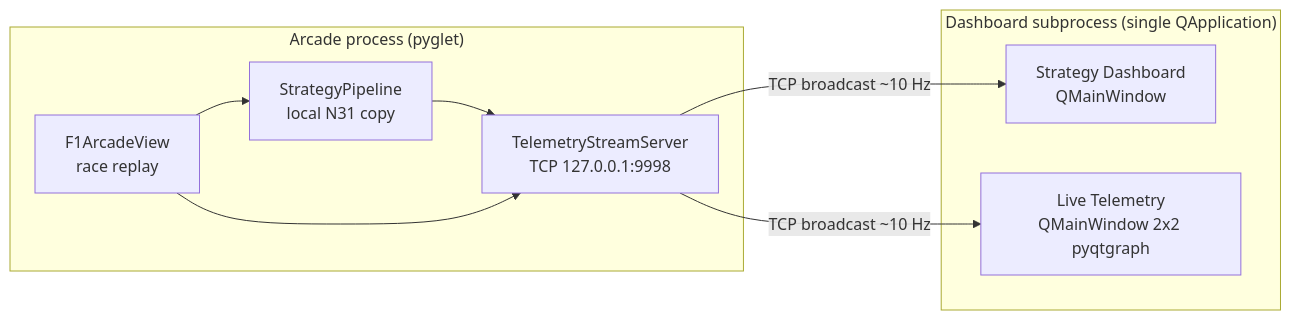
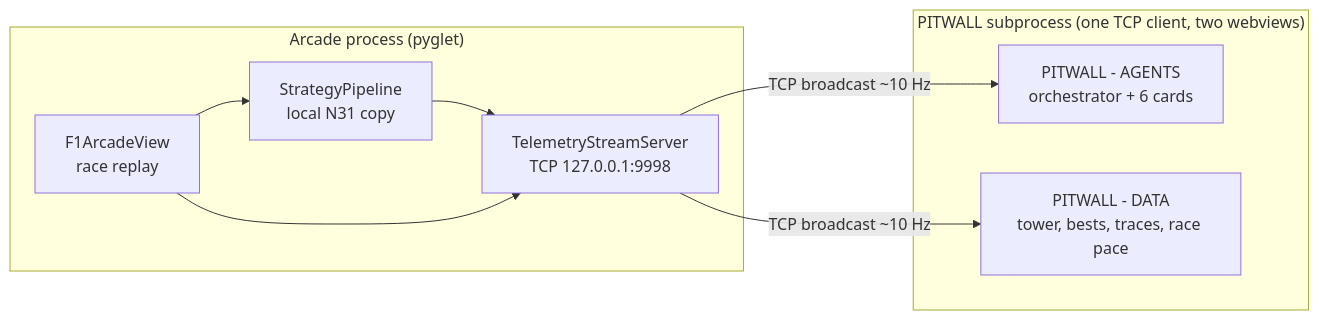
Before and after one commit to VforVitorio/F1_Strat_Manager: the second of 3 diagrams in docs/pages/multi-agent.md, drawn with Mermaid. The commit also changed other lines of this file and 46 other files, not shown here.

````diff
--- a/docs/pages/multi-agent.md
+++ b/docs/pages/multi-agent.md
@@ -68,19 +68,19 @@
 ```mermaid
 graph LR
     subgraph arcade["Arcade process (pyglet)"]
         REPLAY[F1ArcadeView<br/>race replay]
         PIPE[StrategyPipeline<br/>local N31 copy]
         STREAM[TelemetryStreamServer<br/>TCP 127.0.0.1:9998]
     end
 
-    subgraph qt["Dashboard subprocess (single QApplication)"]
-        DASH[Strategy Dashboard<br/>QMainWindow]
-        TELE[Live Telemetry<br/>QMainWindow 2x2 pyqtgraph]
+    subgraph pw["PITWALL subprocess (one TCP client, two webviews)"]
+        AGENTS[PITWALL - AGENTS<br/>orchestrator + 6 cards]
+        DATA[PITWALL - DATA<br/>tower, bests, traces, race pace]
     end
 
     REPLAY --> PIPE
     PIPE --> STREAM
     REPLAY --> STREAM
-    STREAM -->|TCP broadcast ~10 Hz| DASH
-    STREAM -->|TCP broadcast ~10 Hz| TELE
+    STREAM -->|TCP broadcast ~10 Hz| AGENTS
+    STREAM -->|TCP broadcast ~10 Hz| DATA
 ```
````
